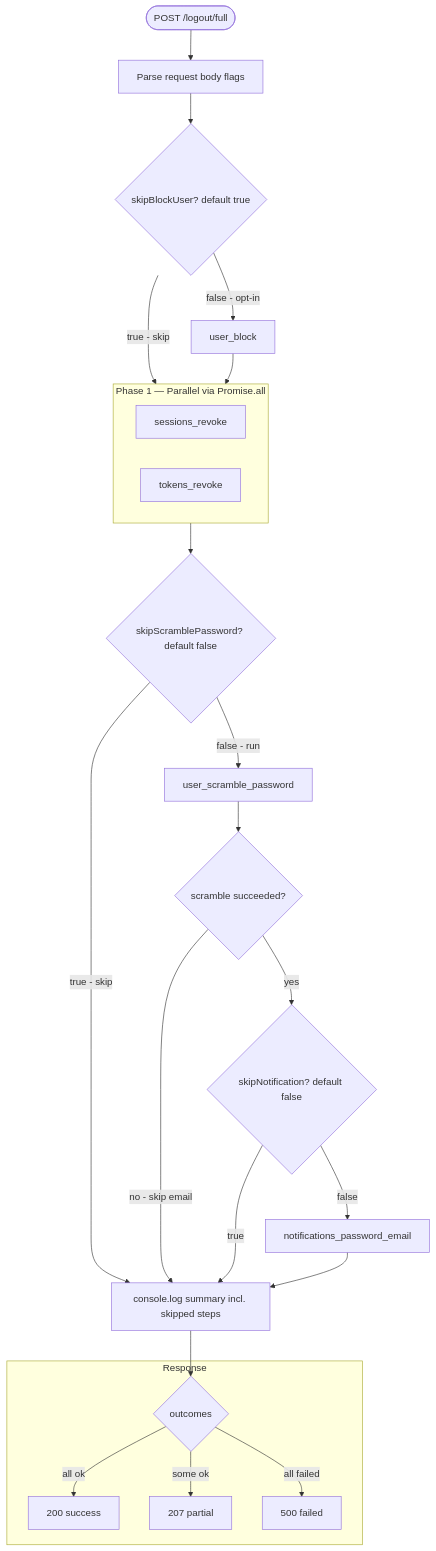
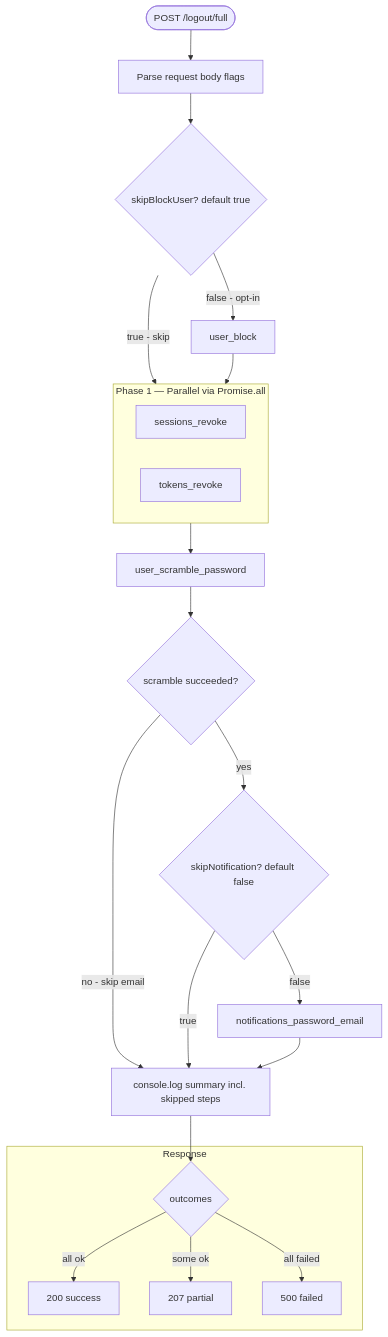
The third of 4 diagrams in README.md (saimanda/cia-user-management), drawn with Mermaid before and after one commit. The commit also changed other lines of this file and 3 other files, not shown here.

First line of the commit message:
feat(logout): make scramble-password mandatory — remove skipScramblePassword flag

````diff
--- a/README.md
+++ b/README.md
@@ -174,35 +173,33 @@
 ```mermaid
 flowchart TD
     START([POST /logout/full]) --> PARSE[Parse request body flags]
     PARSE --> SKIP_BLOCK{skipBlockUser? default true}
 
     SKIP_BLOCK -->|false - opt-in| S0[user_block]
     SKIP_BLOCK -->|true - skip| Phase1
 
     S0 --> Phase1
 
     subgraph Phase1["Phase 1 — Parallel via Promise.all"]
         S1[sessions_revoke] & S2[tokens_revoke]
     end
 
-    Phase1 --> SKIP_SCRAMBLE{skipScramblePassword? default false}
-    SKIP_SCRAMBLE -->|true - skip| LOG
-    SKIP_SCRAMBLE -->|false - run| S3[user_scramble_password]
+    Phase1 --> S3[user_scramble_password]
 
     S3 --> SCRAMBLE_OK{scramble succeeded?}
     SCRAMBLE_OK -->|no - skip email| LOG
     SCRAMBLE_OK -->|yes| SKIP_NOTIFY{skipNotification? default false}
 
     SKIP_NOTIFY -->|true| LOG
     SKIP_NOTIFY -->|false| S5[notifications_password_email]
 
     S5 --> LOG
     LOG[console.log summary incl. skipped steps] --> RESPONSE
 
     subgraph Response
         RESPONSE{outcomes}
         RESPONSE -->|all ok| R200[200 success]
         RESPONSE -->|some ok| R207[207 partial]
         RESPONSE -->|all failed| R500[500 failed]
     end
 ```
````
